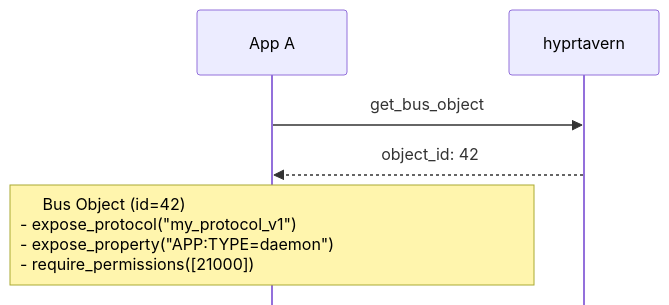
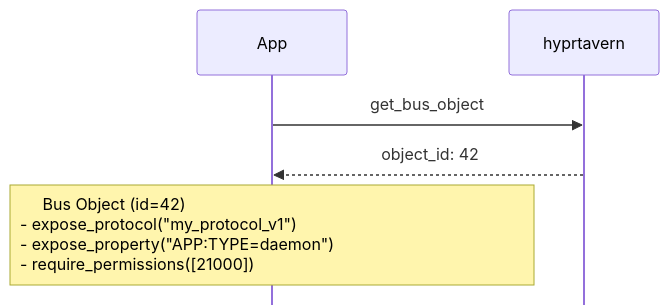
One commit to starbased-co/hyprtavern changed the first of 4 diagrams in docs/README.md. Above: the diagram before and after it, drawn with Mermaid. The commit also changed other lines of this file, not shown here.

First line of the commit message:
docs: fix sequence diagram participant naming consistency

````diff
--- a/docs/README.md
+++ b/docs/README.md
@@ -47,11 +47,11 @@
 ```mermaid
 %%{init: {'sequence': {'mirrorActors': false, 'noteAlign': 'left'}}}%%
 sequenceDiagram
-    participant AppA as App A
+    participant App as App
     participant Tavern as hyprtavern
 
-    AppA->>Tavern: get_bus_object
-    Tavern-->>AppA: object_id: 42
+    App->>Tavern: get_bus_object
+    Tavern-->>App: object_id: 42
 
-    Note over AppA: #nbsp;#nbsp;#nbsp;#nbsp;#nbsp;Bus Object (id=42)<br/>- expose_protocol("my_protocol_v1")<br/>- expose_property("APP:TYPE=daemon")<br/>- require_permissions([21000])
+    Note over App: #nbsp;#nbsp;#nbsp;#nbsp;#nbsp;Bus Object (id=42)<br/>- expose_protocol("my_protocol_v1")<br/>- expose_property("APP:TYPE=daemon")<br/>- require_permissions([21000])
 ```
````
